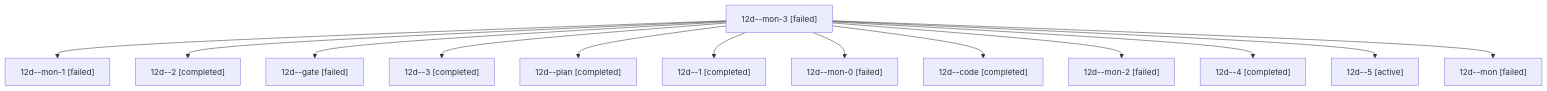
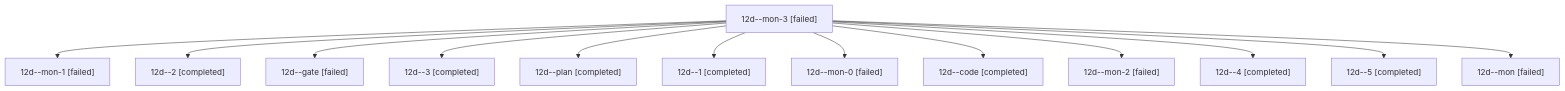
Before and after one commit to bobs-org/bob-cli--agents: the diagram in sessions/bbugyi200.athena.12d.md, drawn with Mermaid. The commit also changed other lines of this file and 26 other files, not shown here.

````diff
--- a/sessions/bbugyi200.athena.12d.md
+++ b/sessions/bbugyi200.athena.12d.md
@@ -9,28 +9,28 @@
 ```mermaid
 flowchart TD
   n0["12d--mon-3 [failed]"]
   n1["12d--mon-1 [failed]"]
   n0 --> n1
   n2["12d--2 [completed]"]
   n0 --> n2
   n3["12d--gate [failed]"]
   n0 --> n3
   n4["12d--3 [completed]"]
   n0 --> n4
   n5["12d--plan [completed]"]
   n0 --> n5
   n6["12d--1 [completed]"]
   n0 --> n6
   n7["12d--mon-0 [failed]"]
   n0 --> n7
   n8["12d--code [completed]"]
   n0 --> n8
   n9["12d--mon-2 [failed]"]
   n0 --> n9
   n10["12d--4 [completed]"]
   n0 --> n10
-  n11["12d--5 [active]"]
+  n11["12d--5 [completed]"]
   n0 --> n11
   n12["12d--mon [failed]"]
   n0 --> n12
 ```
````
